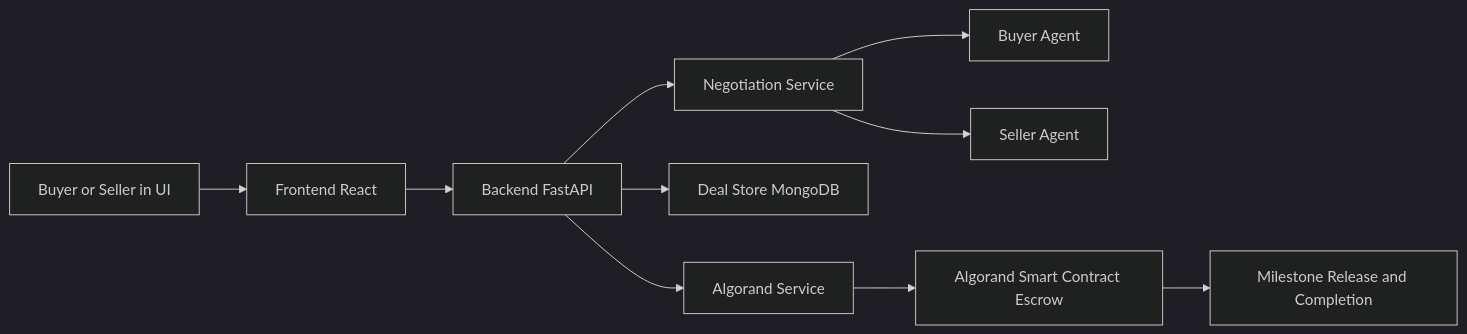
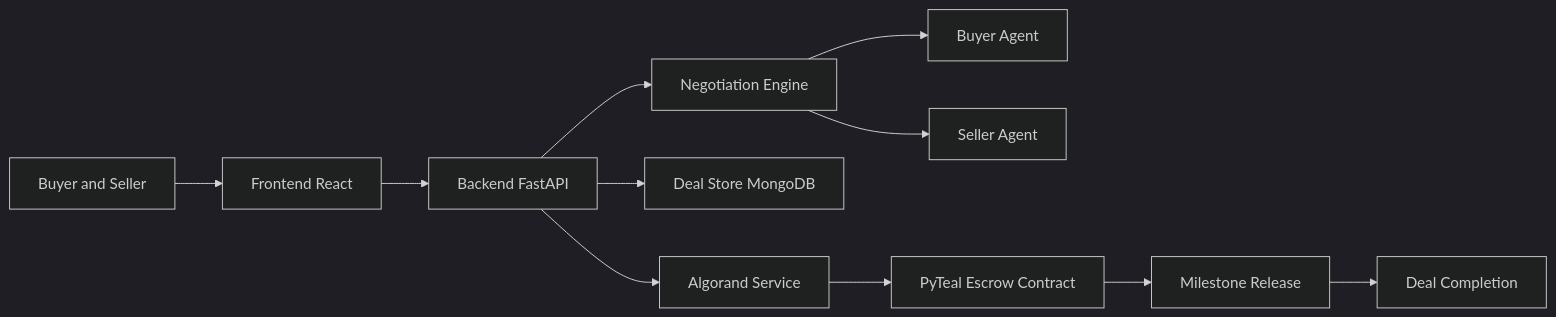
One commit to rohan911438/Agentic-Exchange changed the diagram in README.md. Above: the diagram before and after it, drawn with Mermaid (dark theme). The commit also changed other lines of this file, not shown here.

````diff
--- a/README.md
+++ b/README.md
@@ -62,12 +55,13 @@
 ```mermaid
 flowchart LR
-    U[Buyer or Seller in UI] --> F[Frontend React]
+    U[Buyer and Seller] --> F[Frontend React]
     F --> B[Backend FastAPI]
-    B --> N[Negotiation Service]
+    B --> N[Negotiation Engine]
     N --> BA[Buyer Agent]
     N --> SA[Seller Agent]
-    B --> D[Deal Store MongoDB]
-    B --> A[Algorand Service]
-    A --> SC[Algorand Smart Contract Escrow]
-    SC --> MS[Milestone Release and Completion]
+    B --> DS[Deal Store MongoDB]
+    B --> AS[Algorand Service]
+    AS --> SC[PyTeal Escrow Contract]
+    SC --> MR[Milestone Release]
+    MR --> DC[Deal Completion]
 ```
````
